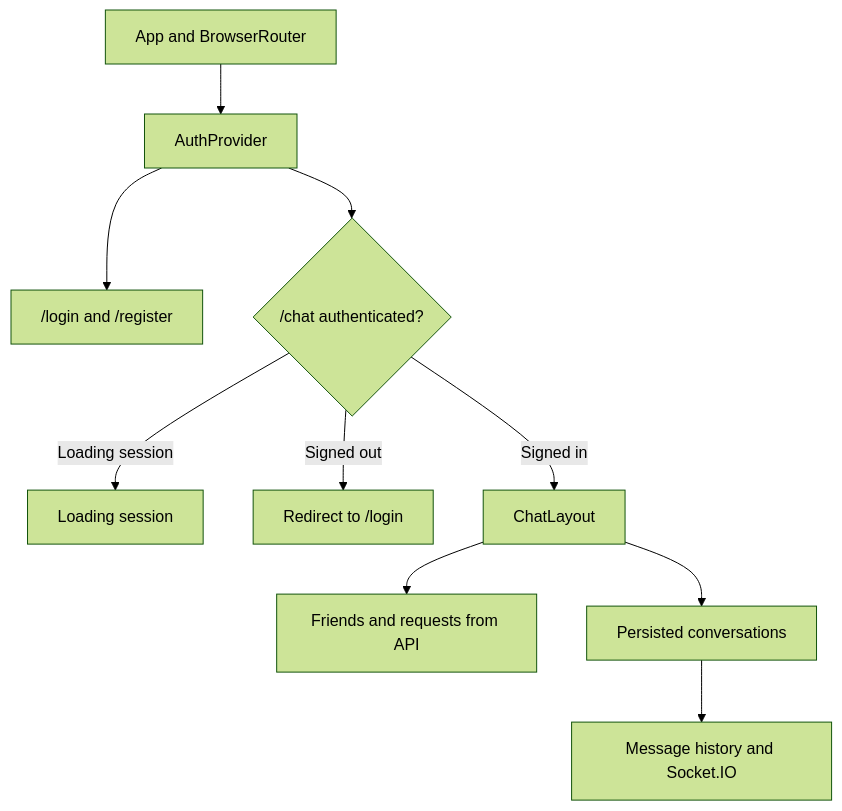
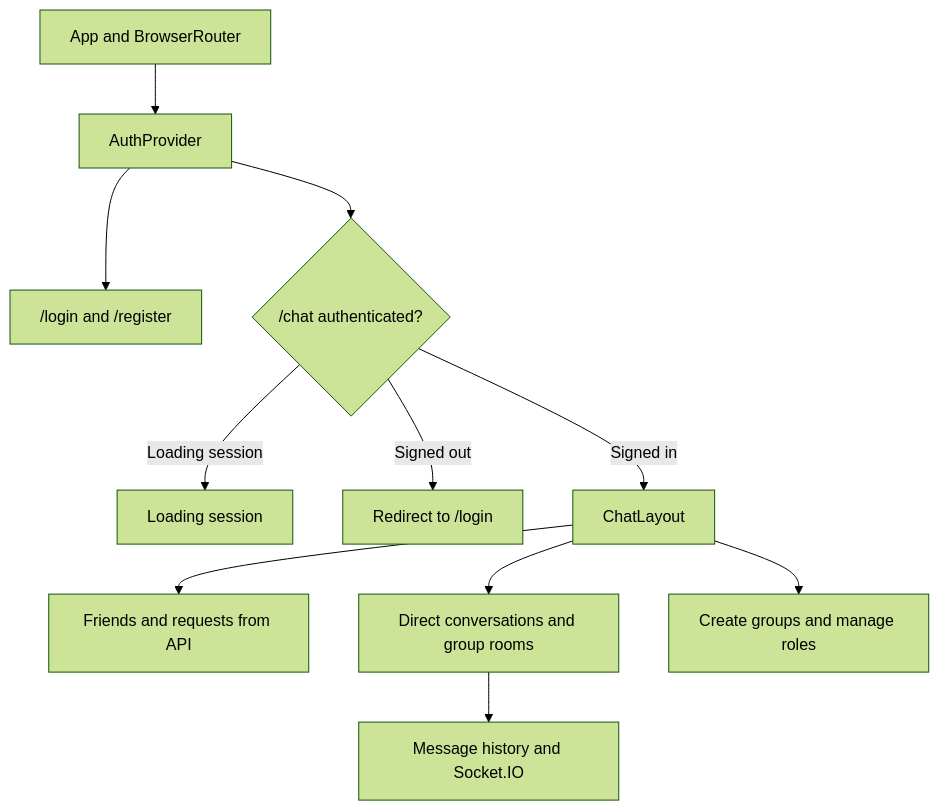
Before and after one commit to ShreeshCS/Teco: the diagram in docs/frontend.md, drawn with Mermaid (forest theme). The commit also changed other lines of this file and 27 other files, not shown here.

First line of the commit message:
feat: add group chat functionality with management roles

````diff
--- a/docs/frontend.md
+++ b/docs/frontend.md
@@ -31,12 +31,13 @@
 ```mermaid
 flowchart TD
     App["App and BrowserRouter"] --> Auth["AuthProvider"]
     Auth --> Public["/login and /register"]
     Auth --> Guard{"/chat authenticated?"}
     Guard -->|Loading session| Loading["Loading session"]
     Guard -->|Signed out| Login["Redirect to /login"]
     Guard -->|Signed in| Layout["ChatLayout"]
     Layout --> Friends["Friends and requests from API"]
-    Layout --> Conversations["Persisted conversations"]
+    Layout --> Conversations["Direct conversations and group rooms"]
+    Layout --> GroupManagement["Create groups and manage roles"]
     Conversations --> Chat["Message history and Socket.IO"]
 ```
````
